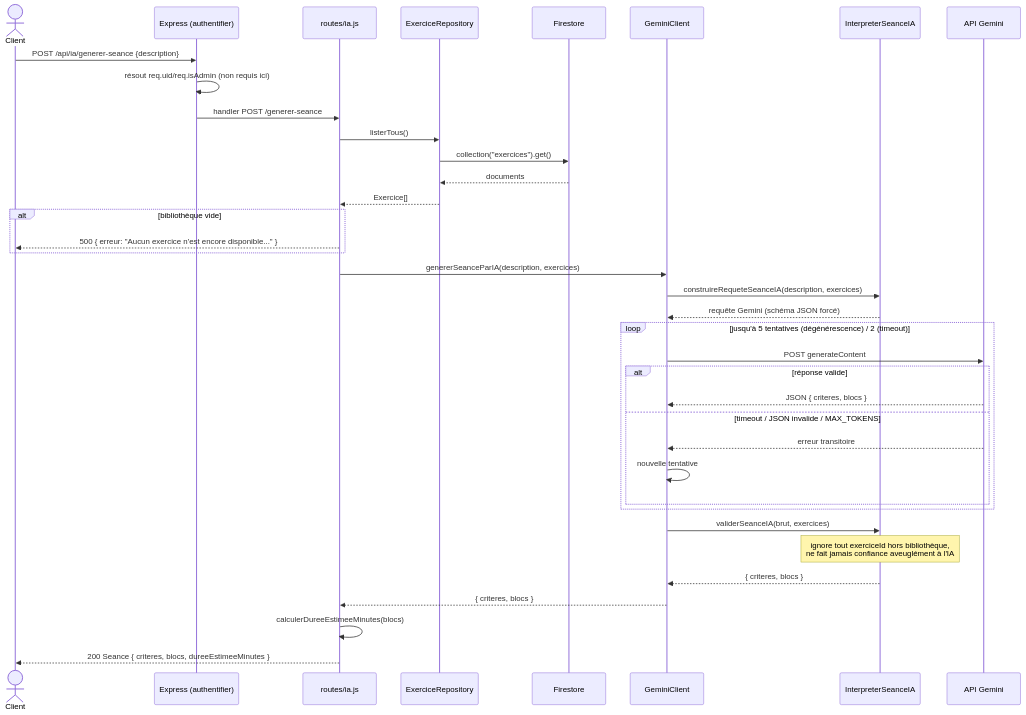
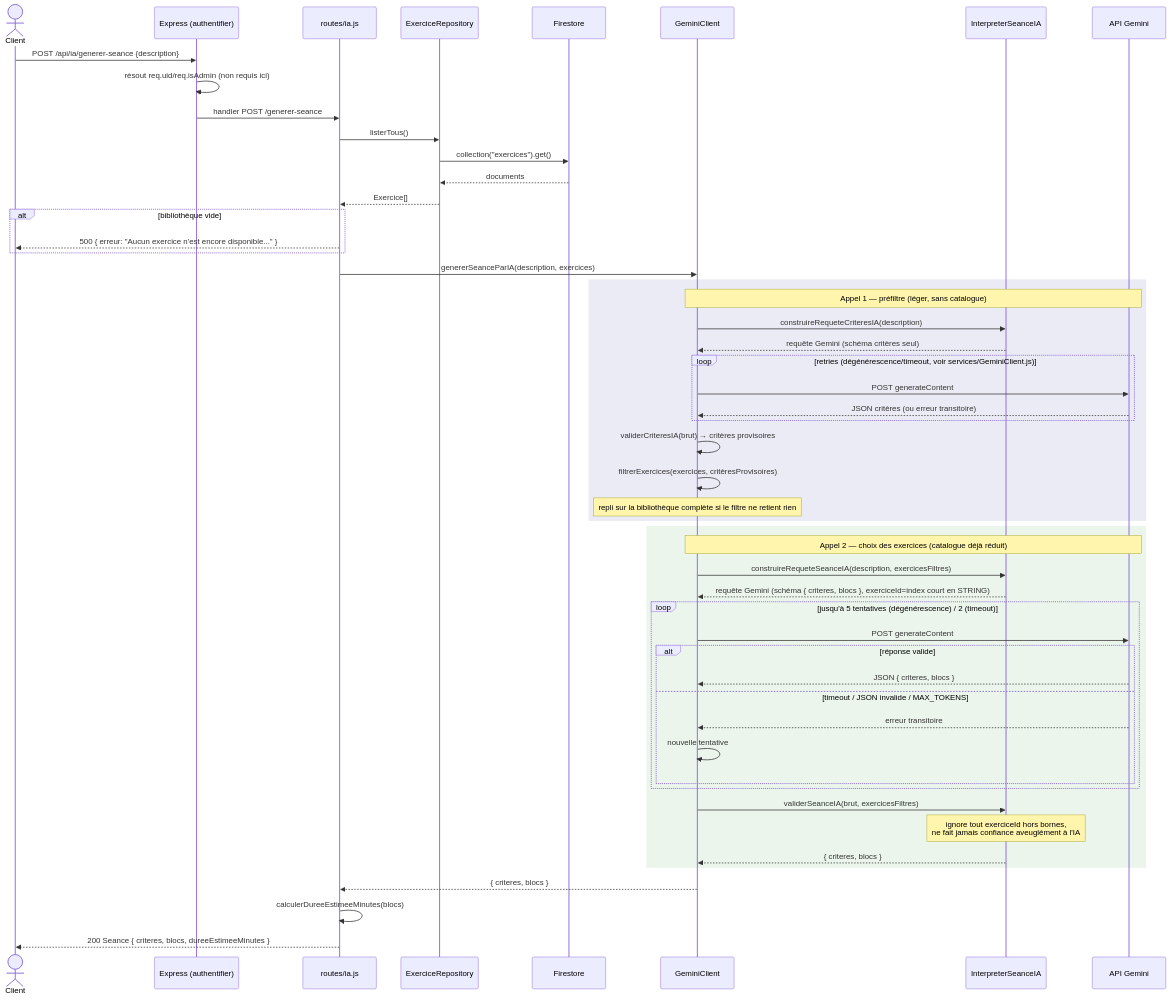
Before and after one commit to fdiss2018/homeFit: the second of 2 diagrams in docs/backend/README.md, drawn with Mermaid. The commit also changed other lines of this file and 11 other files, not shown here.

````diff
--- a/docs/backend/README.md
+++ b/docs/backend/README.md
@@ -136,46 +143,61 @@
 ```mermaid
 sequenceDiagram
     actor Client
     participant Express as Express (authentifier)
     participant Route as routes/ia.js
     participant ExoRepo as ExerciceRepository
     participant Firestore
     participant Gemini as GeminiClient
     participant Interp as InterpreterSeanceIA
     participant API as API Gemini
 
     Client->>Express: POST /api/ia/generer-seance {description}
     Express->>Express: résout req.uid/req.isAdmin (non requis ici)
     Express->>Route: handler POST /generer-seance
 
     Route->>ExoRepo: listerTous()
     ExoRepo->>Firestore: collection("exercices").get()
     Firestore-->>ExoRepo: documents
     ExoRepo-->>Route: Exercice[]
 
     alt bibliothèque vide
         Route-->>Client: 500 { erreur: "Aucun exercice n'est encore disponible..." }
     end
 
     Route->>Gemini: genererSeanceParIA(description, exercices)
-    Gemini->>Interp: construireRequeteSeanceIA(description, exercices)
-    Interp-->>Gemini: requête Gemini (schéma JSON forcé)
 
+    rect rgb(235, 235, 245)
+    Note over Gemini,API: Appel 1 — préfiltre (léger, sans catalogue)
+    Gemini->>Interp: construireRequeteCriteresIA(description)
+    Interp-->>Gemini: requête Gemini (schéma critères seul)
+    loop retries (dégénérescence/timeout, voir services/GeminiClient.js)
+        Gemini->>API: POST generateContent
+        API-->>Gemini: JSON critères (ou erreur transitoire)
+    end
+    Gemini->>Gemini: validerCriteresIA(brut) → critères provisoires
+    Gemini->>Gemini: filtrerExercices(exercices, critèresProvisoires)
+    Note over Gemini: repli sur la bibliothèque complète si le filtre ne retient rien
+    end
+
+    rect rgb(235, 245, 235)
+    Note over Gemini,API: Appel 2 — choix des exercices (catalogue déjà réduit)
+    Gemini->>Interp: construireRequeteSeanceIA(description, exercicesFiltres)
+    Interp-->>Gemini: requête Gemini (schéma { criteres, blocs }, exerciceId=index court en STRING)
     loop jusqu'à 5 tentatives (dégénérescence) / 2 (timeout)
         Gemini->>API: POST generateContent
         alt réponse valide
             API-->>Gemini: JSON { criteres, blocs }
         else timeout / JSON invalide / MAX_TOKENS
             API-->>Gemini: erreur transitoire
             Gemini->>Gemini: nouvelle tentative
         end
     end
+    Gemini->>Interp: validerSeanceIA(brut, exercicesFiltres)
+    Note over Interp: ignore tout exerciceId hors bornes,<br/>ne fait jamais confiance aveuglément à l'IA
+    Interp-->>Gemini: { criteres, blocs }
+    end
 
-    Gemini->>Interp: validerSeanceIA(brut, exercices)
-    Note over Interp: ignore tout exerciceId hors bibliothèque,<br/>ne fait jamais confiance aveuglément à l'IA
-    Interp-->>Gemini: { criteres, blocs }
     Gemini-->>Route: { criteres, blocs }
-
     Route->>Route: calculerDureeEstimeeMinutes(blocs)
     Route-->>Client: 200 Seance { criteres, blocs, dureeEstimeeMinutes }
 ```
````
